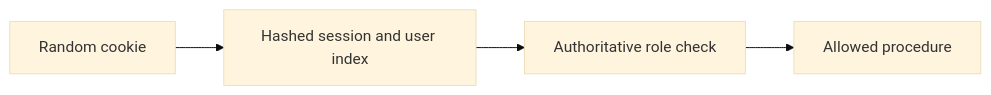
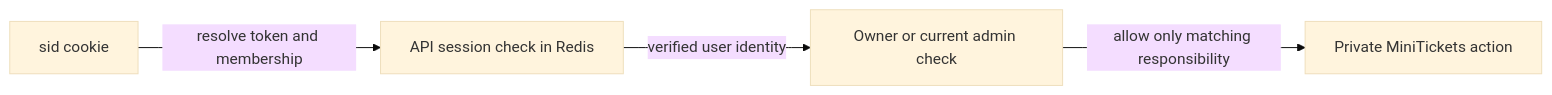
Before and after one commit to maheshnd/minitickets: the diagram in docs/handbook/concepts/authn-vs-authz.md, drawn with Mermaid (base theme). The commit also changed other lines of this file and 119 other files, not shown here.

````diff
--- a/docs/handbook/concepts/authn-vs-authz.md
+++ b/docs/handbook/concepts/authn-vs-authz.md
@@ -17,7 +18,6 @@
 ```mermaid
 flowchart LR
-    n0["Random cookie"] --> n1
-    n1["Hashed session and user index"] --> n2
-    n2["Authoritative role check"] --> n3
-    n3["Allowed procedure"]
+    cookie["sid cookie"] -->|"resolve token and membership"| session["API session check in Redis"]
+    session -->|"verified user identity"| policy["Owner or current admin check"]
+    policy -->|"allow only matching responsibility"| action["Private MiniTickets action"]
 ```
````
